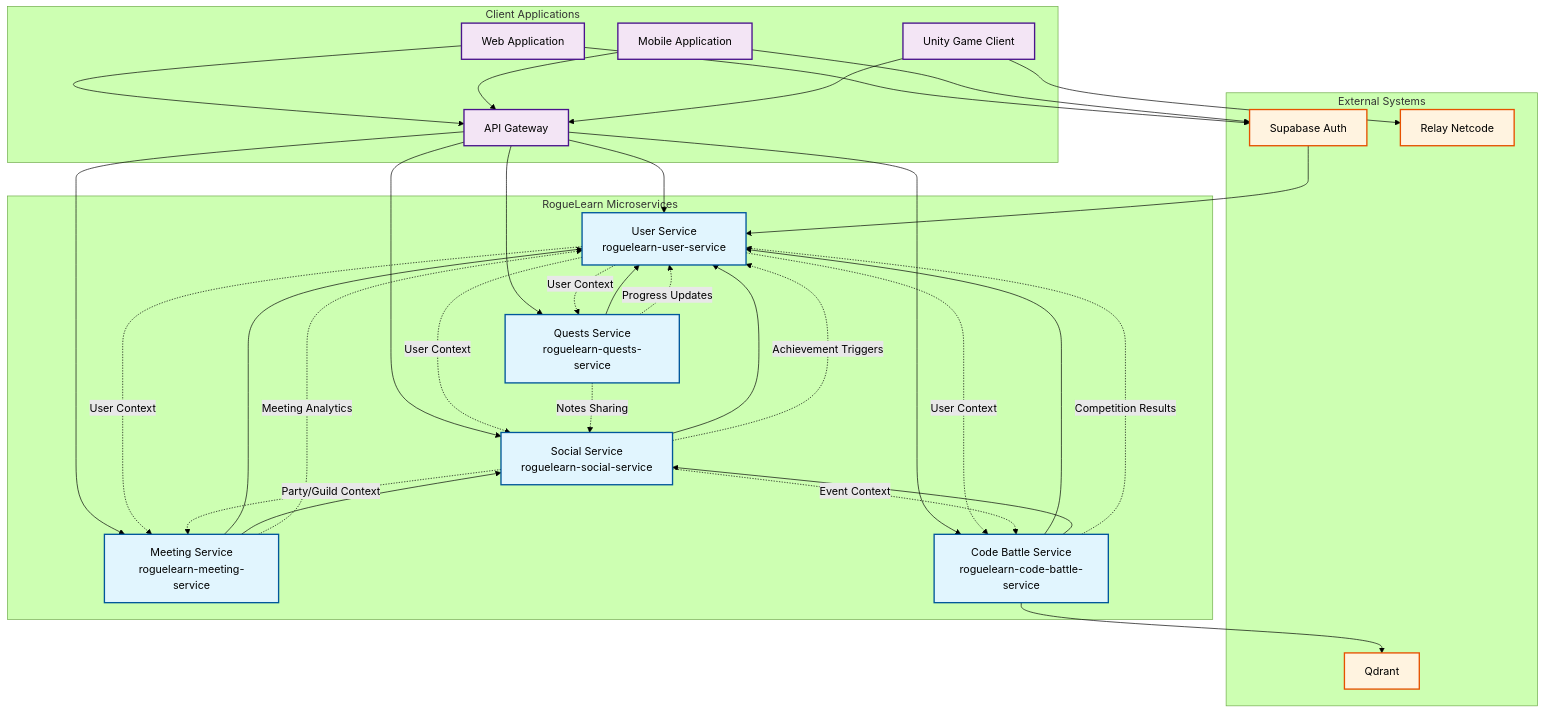
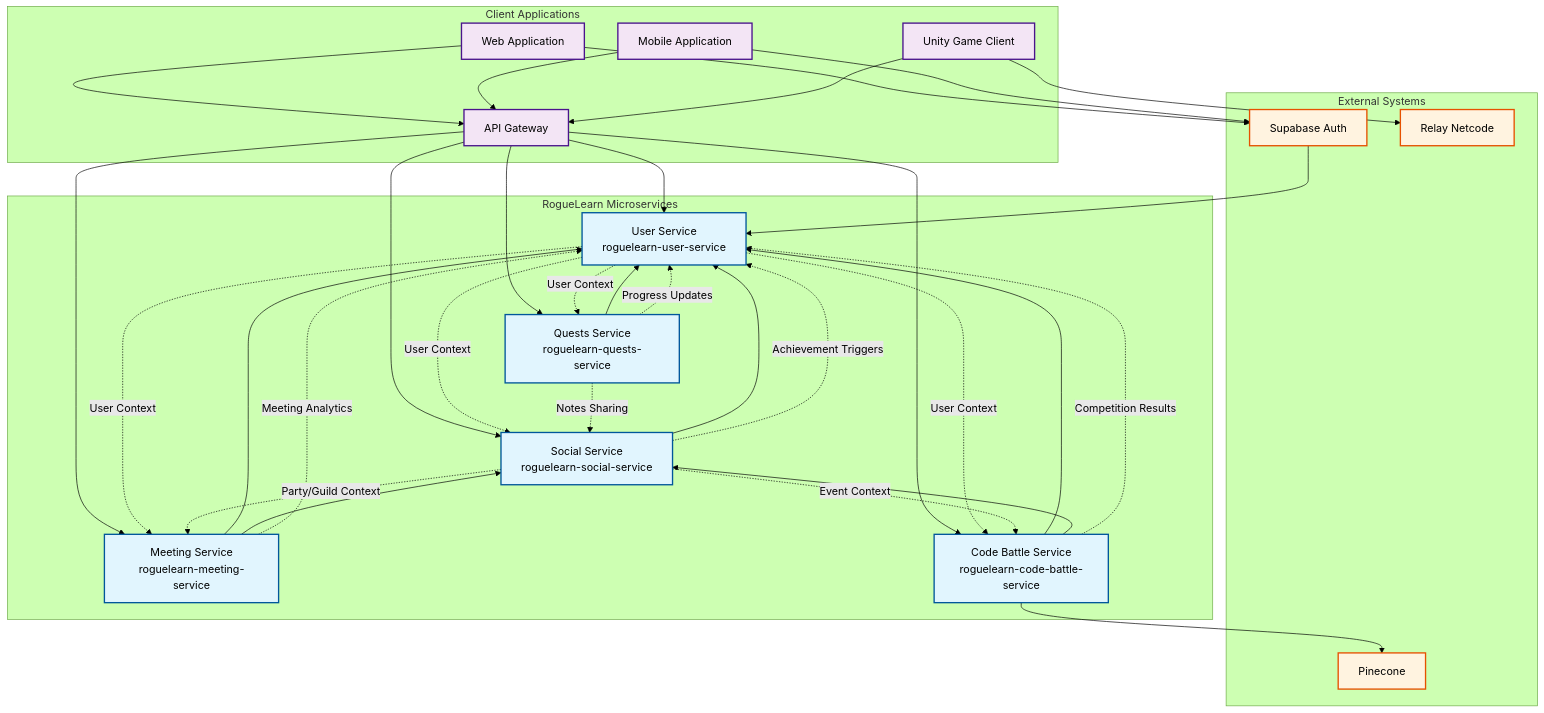
The diagram in mermaid-diagrams/ecosystem/services-ecosystem.md (FA25SE050-RogueLearn/RogueLearn.BMAD.Documentation), drawn with Mermaid (forest theme) before and after one commit. The commit also changed other lines of this file, not shown here.

````diff
--- a/mermaid-diagrams/ecosystem/services-ecosystem.md
+++ b/mermaid-diagrams/ecosystem/services-ecosystem.md
@@ -5,74 +5,74 @@
 ```mermaid
 graph TB
     %% External Systems
     subgraph "External Systems"
         SA[Supabase Auth]
-        QD[Qdrant]
+        PC[Pinecone]
         RL[Relay Netcode]
     end
 
     %% Core Services
     subgraph "RogueLearn Microservices"
         US[User Service<br/>roguelearn-user-service]
         QS[Quests Service<br/>roguelearn-quests-service]
         SS[Social Service<br/>roguelearn-social-service]
         MS[Meeting Service<br/>roguelearn-meeting-service]
         CBS[Code Battle Service<br/>roguelearn-code-battle-service]
     end
 
     %% Client Applications
     subgraph "Client Applications"
         WEB[Web Application]
         MOB[Mobile Application]
         API[API Gateway]
         UNITY[Unity Game Client]
     end
 
     %% Authentication Flow
     WEB --> SA
     MOB --> SA
     SA --> US
 
     %% API Gateway
     WEB --> API
     MOB --> API
     UNITY --> API
     API --> US
     API --> QS
     API --> SS
     API --> MS
     API --> CBS
 
     %% Inter-Service Dependencies
     QS --> US
     SS --> US
     MS --> US
     MS --> SS
     CBS --> US
     CBS --> SS
 
     %% External Service Dependencies
-    CBS --> QD
+    CBS --> PC
     UNITY --> RL
 
     %% Data Flow Indicators
     US -.->|User Context| QS
     US -.->|User Context| SS
     US -.->|User Context| MS
     US -.->|User Context| CBS
     QS -.->|Progress Updates| US
     SS -.->|Achievement Triggers| US
     MS -.->|Meeting Analytics| US
     CBS -.->|Competition Results| US
     SS -.->|Event Context| CBS
     SS -.->|Party/Guild Context| MS
     QS -.->|Notes Sharing| SS
 
     classDef service fill:#e1f5fe,stroke:#01579b,stroke-width:2px
     classDef external fill:#fff3e0,stroke:#e65100,stroke-width:2px
     classDef client fill:#f3e5f5,stroke:#4a148c,stroke-width:2px
 
     class US,QS,SS,MS,CBS service
-    class SA,QD,RL external
+    class SA,PC,RL external
     class WEB,MOB,API,UNITY client
 ```
````
